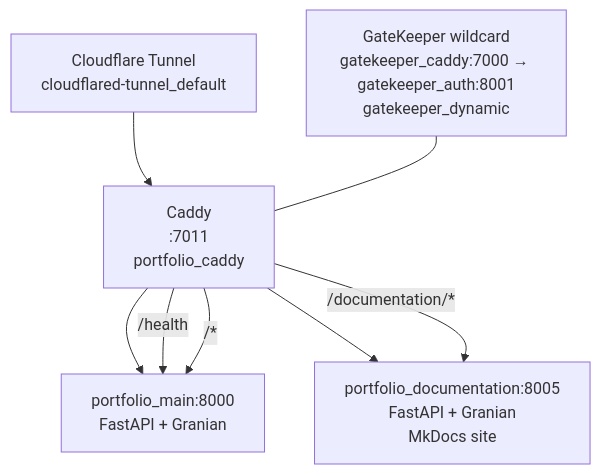
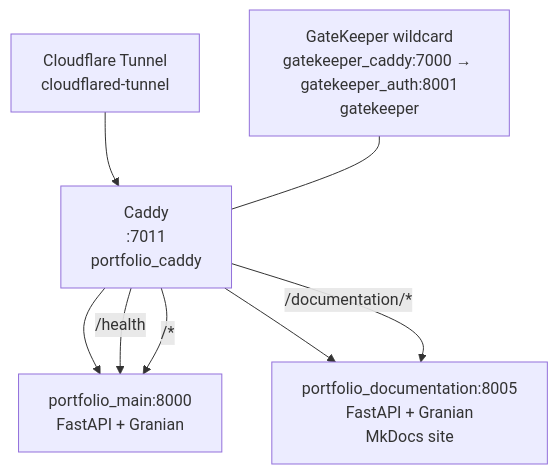
Before and after one commit to NovaProtocol/Portfolio: the diagram in documentation/docs/index.md, drawn with Mermaid. The commit also changed other lines of this file and 9 other files, not shown here.

Commit message:
docs: sync docs to owned gatekeeper network and harden caddy

````diff
--- a/documentation/docs/index.md
+++ b/documentation/docs/index.md
@@ -22,10 +22,10 @@
 ```mermaid
 graph TB
-    TUN["Cloudflare Tunnel<br/>cloudflared-tunnel_default"] --> CADDY
-    GK["GateKeeper wildcard<br/>gatekeeper_caddy:7000 → gatekeeper_auth:8001<br/>gatekeeper_dynamic"] --- CADDY
-    CADDY["Caddy<br/>:7011<br/>portfolio_caddy"] --> APP["portfolio_main:8000<br/>FastAPI + Granian"]
-    CADDY --> DOCS["portfolio_documentation:8005<br/>FastAPI + Granian<br/>MkDocs site"]
-    CADDY -->|"/health"| APP
-    CADDY -->|"/documentation/*"| DOCS
-    CADDY -->|"/*"| APP
+ TUN["Cloudflare Tunnel<br/>cloudflared-tunnel"] --> CADDY
+ GK["GateKeeper wildcard<br/>gatekeeper_caddy:7000 → gatekeeper_auth:8001<br/>gatekeeper"] --- CADDY
+ CADDY["Caddy<br/>:7011<br/>portfolio_caddy"] --> APP["portfolio_main:8000<br/>FastAPI + Granian"]
+ CADDY --> DOCS["portfolio_documentation:8005<br/>FastAPI + Granian<br/>MkDocs site"]
+ CADDY -->|"/health"| APP
+ CADDY -->|"/documentation/*"| DOCS
+ CADDY -->|"/*"| APP
 ```
````
